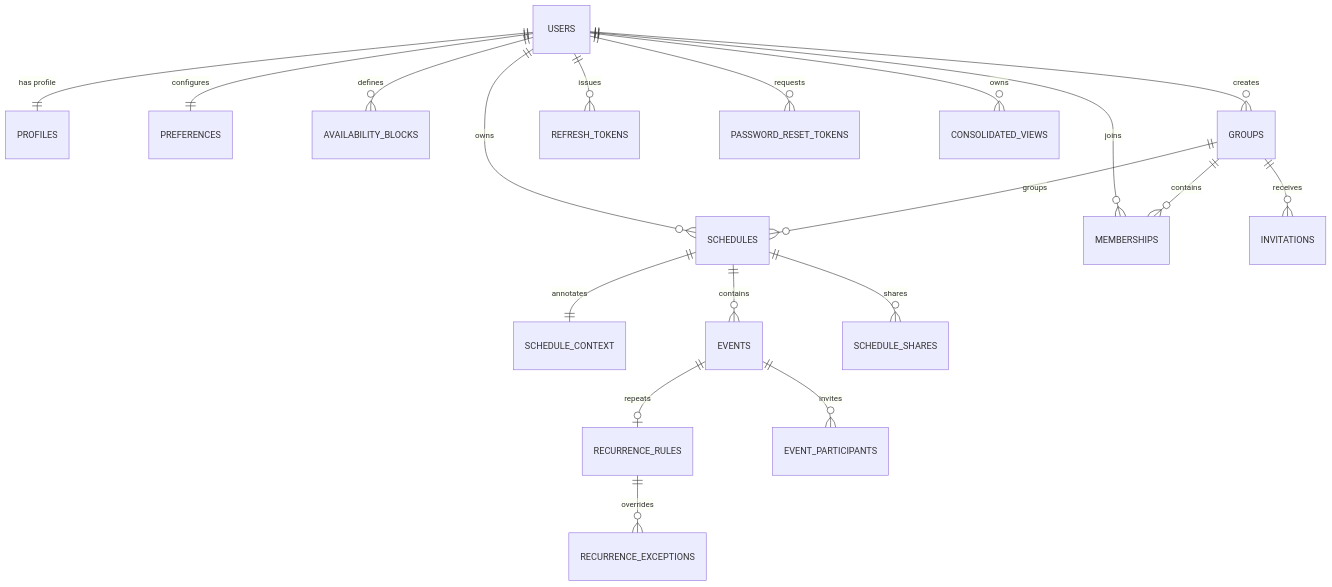
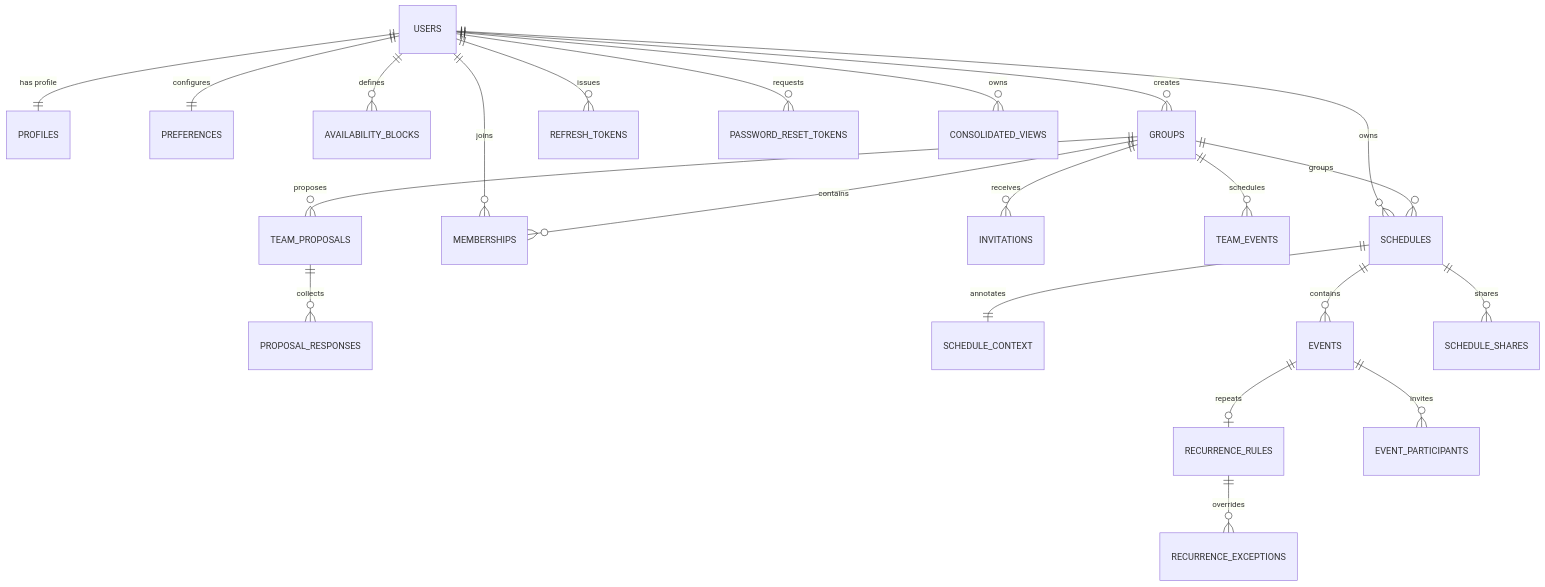
Before and after one commit to CDJ-Builders/SchedulaV1: the diagram in docs/schemas/SCHEDULA_DB_SCHEMA.md, drawn with Mermaid. The commit also changed other lines of this file and 26 other files, not shown here.

````diff
--- a/docs/schemas/SCHEDULA_DB_SCHEMA.md
+++ b/docs/schemas/SCHEDULA_DB_SCHEMA.md
@@ -9,21 +9,24 @@
 ```mermaid
 erDiagram
     USERS ||--|| PROFILES : "has profile"
     USERS ||--|| PREFERENCES : "configures"
     USERS ||--o{ SCHEDULES : "owns"
     USERS ||--o{ AVAILABILITY_BLOCKS : "defines"
     USERS ||--o{ GROUPS : "creates"
     USERS ||--o{ MEMBERSHIPS : "joins"
     USERS ||--o{ REFRESH_TOKENS : "issues"
     USERS ||--o{ PASSWORD_RESET_TOKENS : "requests"
     GROUPS ||--o{ MEMBERSHIPS : "contains"
     GROUPS ||--o{ SCHEDULES : "groups"
     GROUPS ||--o{ INVITATIONS : "receives"
+    GROUPS ||--o{ TEAM_EVENTS : "schedules"
+    GROUPS ||--o{ TEAM_PROPOSALS : "proposes"
+    TEAM_PROPOSALS ||--o{ PROPOSAL_RESPONSES : "collects"
     SCHEDULES ||--|| SCHEDULE_CONTEXT : "annotates"
     SCHEDULES ||--o{ EVENTS : "contains"
     SCHEDULES ||--o{ SCHEDULE_SHARES : "shares"
     EVENTS ||--o| RECURRENCE_RULES : "repeats"
     RECURRENCE_RULES ||--o{ RECURRENCE_EXCEPTIONS : "overrides"
     EVENTS ||--o{ EVENT_PARTICIPANTS : "invites"
     USERS ||--o{ CONSOLIDATED_VIEWS : "owns"
 ```
````
